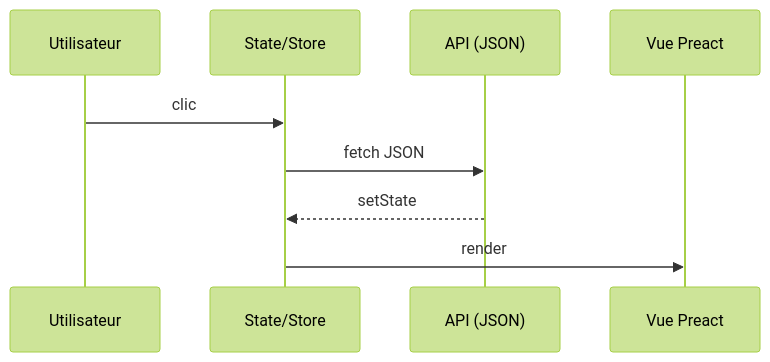
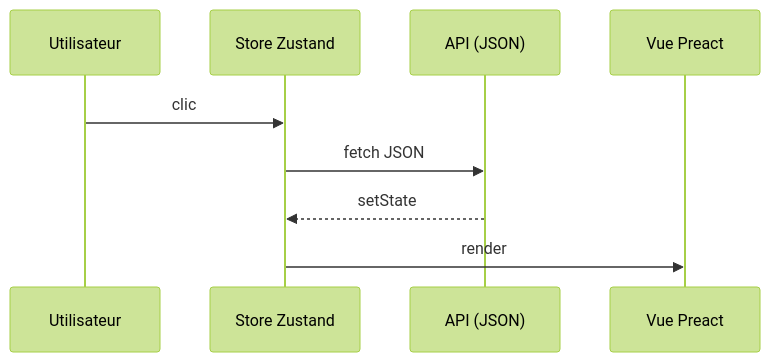
The diagram in presentation/slides/20-realworld-spa.md (StephaneTrebel/htmx-de-maniere-simplix), drawn with Mermaid (forest theme) before and after one commit. The commit also changed other lines of this file and 18 other files, not shown here.

````diff
--- a/presentation/slides/20-realworld-spa.md
+++ b/presentation/slides/20-realworld-spa.md
@@ -61,12 +42,12 @@
 ```mermaid
 sequenceDiagram
     participant U as Utilisateur
-    participant S as State/Store
+    participant S as Store Zustand
     participant A as API (JSON)
     participant V as Vue Preact
 
     U->>S: clic
     S->>A: fetch JSON
     A-->>S: setState
     S->>V: render
 ```
````
